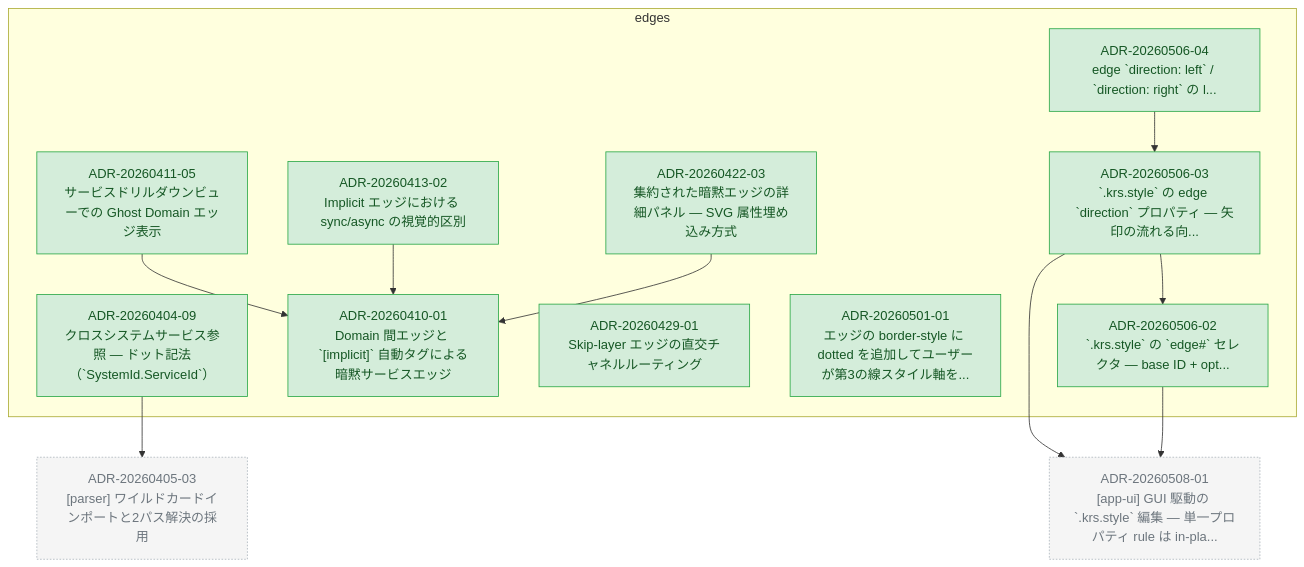
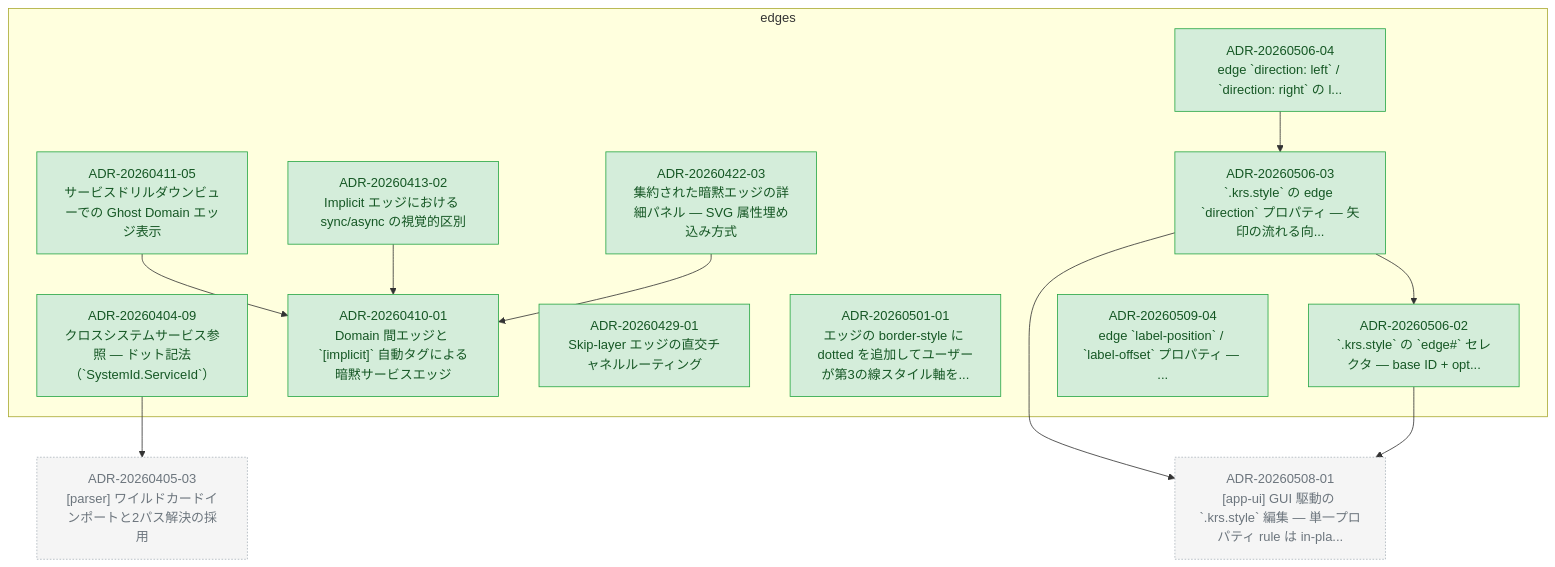
The diagram in docs/adr/graph/edges.md (kompiro/karasu), drawn with Mermaid before and after one commit. The commit also changed other lines of this file and 13 other files, not shown here.

First line of the commit message:
feat(core): edge label-position and label-offset style properties

````diff
--- a/docs/adr/graph/edges.md
+++ b/docs/adr/graph/edges.md
@@ -6,44 +6,46 @@
 ```mermaid
 flowchart TD
   subgraph edges["edges"]
     ADR_20260404_09["ADR-20260404-09<br/>クロスシステムサービス参照 — ドット記法（`SystemId.ServiceId`）"]
     ADR_20260410_01["ADR-20260410-01<br/>Domain 間エッジと `[implicit]` 自動タグによる暗黙サービスエッジ"]
     ADR_20260411_05["ADR-20260411-05<br/>サービスドリルダウンビューでの Ghost Domain エッジ表示"]
     ADR_20260413_02["ADR-20260413-02<br/>Implicit エッジにおける sync/async の視覚的区別"]
     ADR_20260422_03["ADR-20260422-03<br/>集約された暗黙エッジの詳細パネル — SVG 属性埋め込み方式"]
     ADR_20260429_01["ADR-20260429-01<br/>Skip-layer エッジの直交チャネルルーティング"]
     ADR_20260501_01["ADR-20260501-01<br/>エッジの border-style に dotted を追加してユーザーが第3の線スタイル軸を..."]
     ADR_20260506_02["ADR-20260506-02<br/>`.krs.style` の `edge#<id>` セレクタ — base ID + opt..."]
     ADR_20260506_03["ADR-20260506-03<br/>`.krs.style` の edge `direction` プロパティ — 矢印の流れる向..."]
     ADR_20260506_04["ADR-20260506-04<br/>edge `direction: left` / `direction: right` の l..."]
+    ADR_20260509_04["ADR-20260509-04<br/>edge `label-position` / `label-offset` プロパティ — ..."]
   end
   ADR_20260405_03["ADR-20260405-03<br/>[parser] ワイルドカードインポートと2パス解決の採用"]
   ADR_20260508_01["ADR-20260508-01<br/>[app-ui] GUI 駆動の `.krs.style` 編集 — 単一プロパティ rule は in-pla..."]
   ADR_20260404_09 --> ADR_20260405_03
   ADR_20260411_05 --> ADR_20260410_01
   ADR_20260413_02 --> ADR_20260410_01
   ADR_20260422_03 --> ADR_20260410_01
   ADR_20260506_02 --> ADR_20260508_01
   ADR_20260506_03 --> ADR_20260508_01
   ADR_20260506_03 --> ADR_20260506_02
   ADR_20260506_04 --> ADR_20260506_03
 
   classDef accepted fill:#d4edda,stroke:#28a745,color:#155724
   classDef proposed fill:#fff3cd,stroke:#ffc107,color:#856404
   classDef deprecated fill:#f8d7da,stroke:#dc3545,color:#721c24
   classDef superseded fill:#e2e3e5,stroke:#6c757d,color:#383d41
   classDef not_adopted fill:#e2e3e5,stroke:#6c757d,color:#383d41,stroke-dasharray:3 3
   classDef ghost fill:#f5f5f5,stroke:#adb5bd,color:#6c757d,stroke-dasharray:2 2
   class ADR_20260404_09 accepted
   class ADR_20260410_01 accepted
   class ADR_20260411_05 accepted
   class ADR_20260413_02 accepted
   class ADR_20260422_03 accepted
   class ADR_20260429_01 accepted
   class ADR_20260501_01 accepted
   class ADR_20260506_02 accepted
   class ADR_20260506_03 accepted
   class ADR_20260506_04 accepted
+  class ADR_20260509_04 accepted
   class ADR_20260405_03 ghost
   class ADR_20260508_01 ghost
 ```
````
